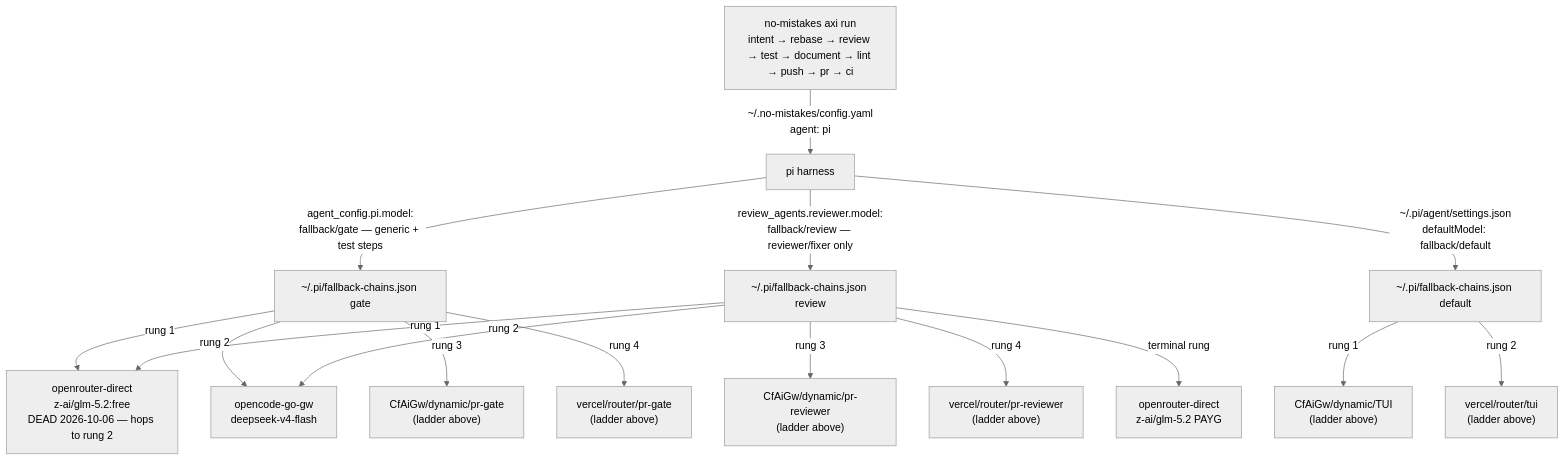
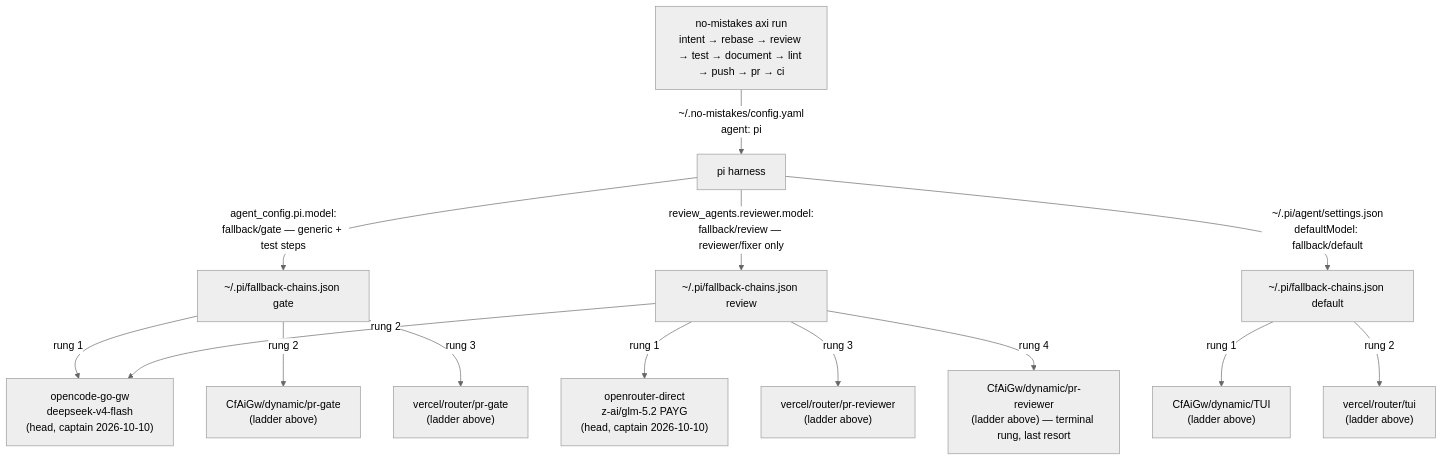
Diagram 17 of 17 in dot_agents/skills/provider-catalog/references/ROUTING_TOPOLOGY.md (phillias/dotfiles), drawn with Mermaid (neutral theme) before and after one commit. The commit also changed other lines of this file and 4 other files, not shown here.

Commit message:
no-mistakes(document): docs: sync pi fallback-chain docs to deepseek/PAYG re-head

````diff
--- a/dot_agents/skills/provider-catalog/references/ROUTING_TOPOLOGY.md
+++ b/dot_agents/skills/provider-catalog/references/ROUTING_TOPOLOGY.md
@@ -182,18 +182,16 @@
 ```mermaid
 flowchart TD
     nm["no-mistakes axi run<br/>intent → rebase → review → test → document → lint → push → pr → ci"] -->|"~/.no-mistakes/config.yaml<br/>agent: pi"| pi[pi harness]
     pi -->|"agent_config.pi.model:<br/>fallback/gate — generic + test steps"| GATE["~/.pi/fallback-chains.json gate"]
     pi -->|"review_agents.reviewer.model:<br/>fallback/review — reviewer/fixer only"| REV["~/.pi/fallback-chains.json review"]
     pi -->|"~/.pi/agent/settings.json<br/>defaultModel: fallback/default"| DEF["~/.pi/fallback-chains.json default"]
-    GATE -->|"rung 1"| orglm["openrouter-direct<br/>z-ai/glm-5.2:free<br/>DEAD 2026-10-06 — hops to rung 2"]
-    GATE -->|"rung 2"| ogw["opencode-go-gw<br/>deepseek-v4-flash"]
-    GATE -->|"rung 3"| pg["CfAiGw/dynamic/pr-gate<br/>(ladder above)"]
-    GATE -->|"rung 4"| vpg["vercel/router/pr-gate<br/>(ladder above)"]
-    REV -->|"rung 1"| orglm
+    GATE -->|"rung 1"| ogw["opencode-go-gw<br/>deepseek-v4-flash<br/>(head, captain 2026-10-10)"]
+    GATE -->|"rung 2"| pg["CfAiGw/dynamic/pr-gate<br/>(ladder above)"]
+    GATE -->|"rung 3"| vpg["vercel/router/pr-gate<br/>(ladder above)"]
+    REV -->|"rung 1"| payg["openrouter-direct<br/>z-ai/glm-5.2 PAYG<br/>(head, captain 2026-10-10)"]
     REV -->|"rung 2"| ogw
-    REV -->|"rung 3"| prr["CfAiGw/dynamic/pr-reviewer<br/>(ladder above)"]
-    REV -->|"rung 4"| vprr["vercel/router/pr-reviewer<br/>(ladder above)"]
-    REV -->|"terminal rung"| payg["openrouter-direct<br/>z-ai/glm-5.2 PAYG"]
+    REV -->|"rung 3"| vprr["vercel/router/pr-reviewer<br/>(ladder above)"]
+    REV -->|"rung 4"| prr["CfAiGw/dynamic/pr-reviewer<br/>(ladder above) — terminal rung, last resort"]
     DEF -->|"rung 1"| tui["CfAiGw/dynamic/TUI<br/>(ladder above)"]
     DEF -->|"rung 2"| vtui["vercel/router/tui<br/>(ladder above)"]
 ```
````
